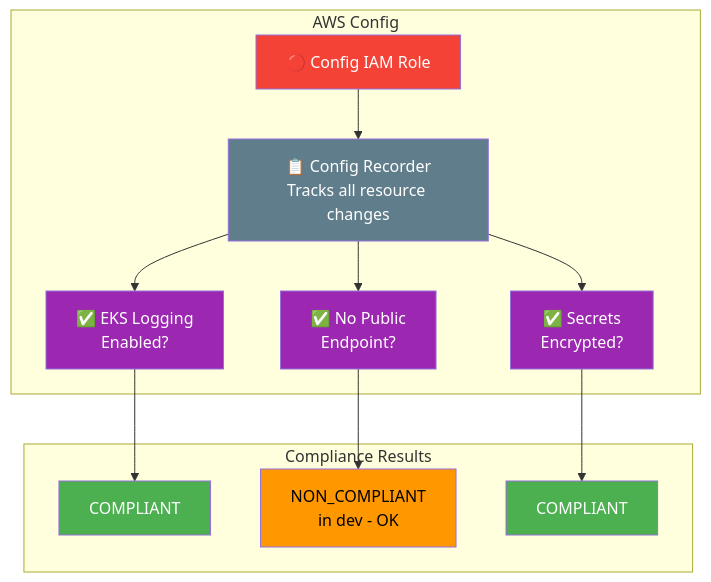
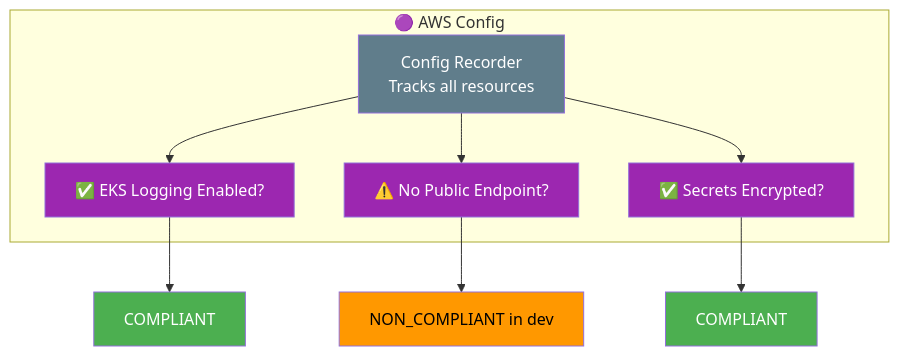
Diagram 19 of 20 in docs/architecture-build-steps.md (selvakumarperumal/EKS_k8s_custom_template_with_Terraform), drawn with Mermaid before and after one commit. The commit also changed other lines of this file, not shown here.

Commit message:
docs: rewrite build steps with 30 elaborated steps including HCL code and architecture diagrams

````diff
--- a/docs/architecture-build-steps.md
+++ b/docs/architecture-build-steps.md
@@ -473,35 +1185,24 @@
 ```mermaid
 graph TB
-    subgraph AWS_Config["AWS Config"]
-        ROLE["🔴 Config IAM Role"]
-        REC["📋 Config Recorder\nTracks all resource changes"]
-
-        R1["✅ EKS Logging\nEnabled?"]
-        R2["✅ No Public\nEndpoint?"]
-        R3["✅ Secrets\nEncrypted?"]
-
-        ROLE --> REC
+    subgraph Config["🟣 AWS Config"]
+        REC["Config Recorder\nTracks all resources"]
+        R1["✅ EKS Logging Enabled?"]
+        R2["⚠️ No Public Endpoint?"]
+        R3["✅ Secrets Encrypted?"]
         REC --> R1
         REC --> R2
         REC --> R3
     end
 
-    subgraph Results["Compliance Results"]
-        C1["COMPLIANT"]
-        C2["NON_COMPLIANT\nin dev - OK"]
-        C3["COMPLIANT"]
-    end
+    R1 --> C1["COMPLIANT"]
+    R2 --> C2["NON_COMPLIANT in dev"]
+    R3 --> C3["COMPLIANT"]
 
-    R1 --> C1
-    R2 --> C2
-    R3 --> C3
-
-    style ROLE fill:#F44336,color:#fff
     style REC fill:#607D8B,color:#fff
     style R1 fill:#9C27B0,color:#fff
     style R2 fill:#9C27B0,color:#fff
     style R3 fill:#9C27B0,color:#fff
     style C1 fill:#4CAF50,color:#fff
     style C2 fill:#FF9800,color:#000
     style C3 fill:#4CAF50,color:#fff
 ```
````
